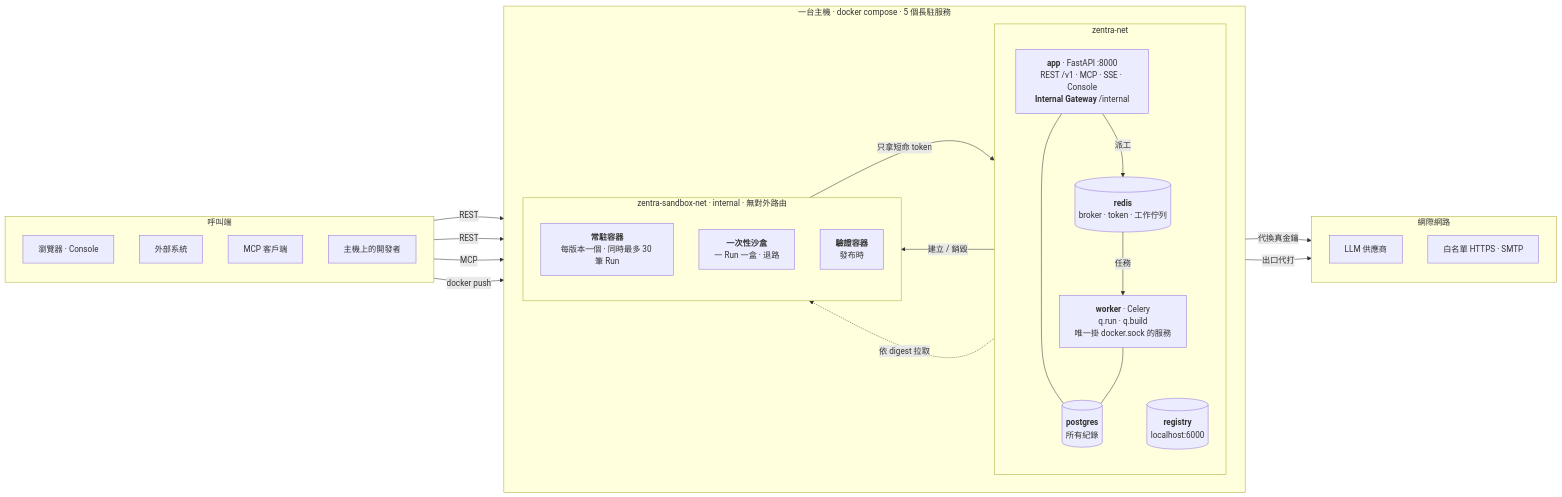
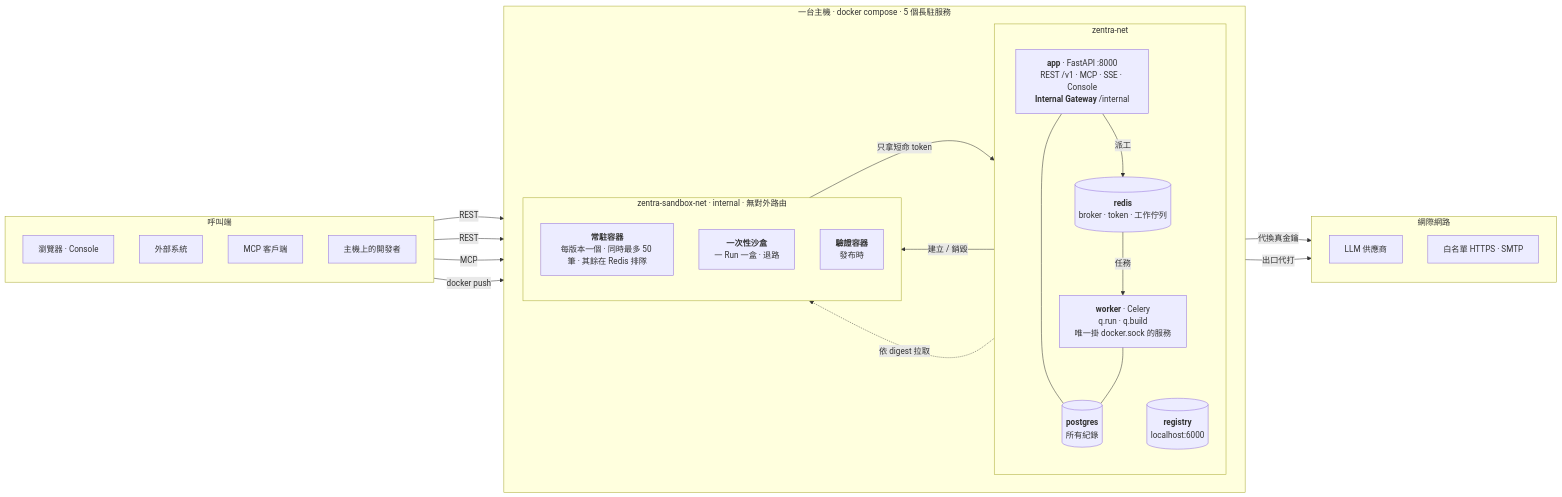
Before and after one commit to william9998/Zentra: the second of 2 diagrams in README.md, drawn with Mermaid. The commit also changed other lines of this file and 16 other files, not shown here.

````diff
--- a/README.md
+++ b/README.md
@@ -459,47 +459,47 @@
 ```mermaid
 flowchart LR
     subgraph clients["呼叫端"]
         direction TB
         browser["瀏覽器 · Console"]
         system["外部系統"]
         mcpc["MCP 客戶端"]
         dev["主機上的開發者"]
     end
 
     subgraph host["一台主機 · docker compose · 5 個長駐服務"]
         direction LR
         subgraph net["zentra-net"]
             direction TB
             app["<b>app</b> · FastAPI :8000<br/>REST /v1 · MCP · SSE · Console<br/><b>Internal Gateway</b> /internal"]
             worker["<b>worker</b> · Celery<br/>q.run · q.build<br/>唯一掛 docker.sock 的服務"]
             redis[("<b>redis</b><br/>broker · token · 工作佇列")]
             pg[("<b>postgres</b><br/>所有紀錄")]
             registry[("<b>registry</b><br/>localhost:6000")]
         end
         subgraph sbx["zentra-sandbox-net · internal · 無對外路由"]
             direction TB
-            serve["<b>常駐容器</b><br/>每版本一個 · 同時最多 30 筆 Run"]
+            serve["<b>常駐容器</b><br/>每版本一個 · 同時最多 50 筆 · 其餘在 Redis 排隊"]
             oneoff["<b>一次性沙盒</b><br/>一 Run 一盒 · 退路"]
             validate["<b>驗證容器</b><br/>發布時"]
         end
     end
 
     subgraph outside["網際網路"]
         direction TB
         llm["LLM 供應商"]
         ext["白名單 HTTPS · SMTP"]
     end
 
     browser & system -- "REST" --> app
     mcpc -- "MCP" --> app
     dev -- "docker push" --> registry
     app --- pg
     app -- "派工" --> redis
     redis -- "任務" --> worker
     worker --- pg
     worker -- "建立 / 銷毀" --> sbx
     registry -. "依 digest 拉取" .-> sbx
     sbx -- "只拿短命 token" --> app
     app -- "代換真金鑰" --> llm
     app -- "出口代打" --> ext
 ```
````
